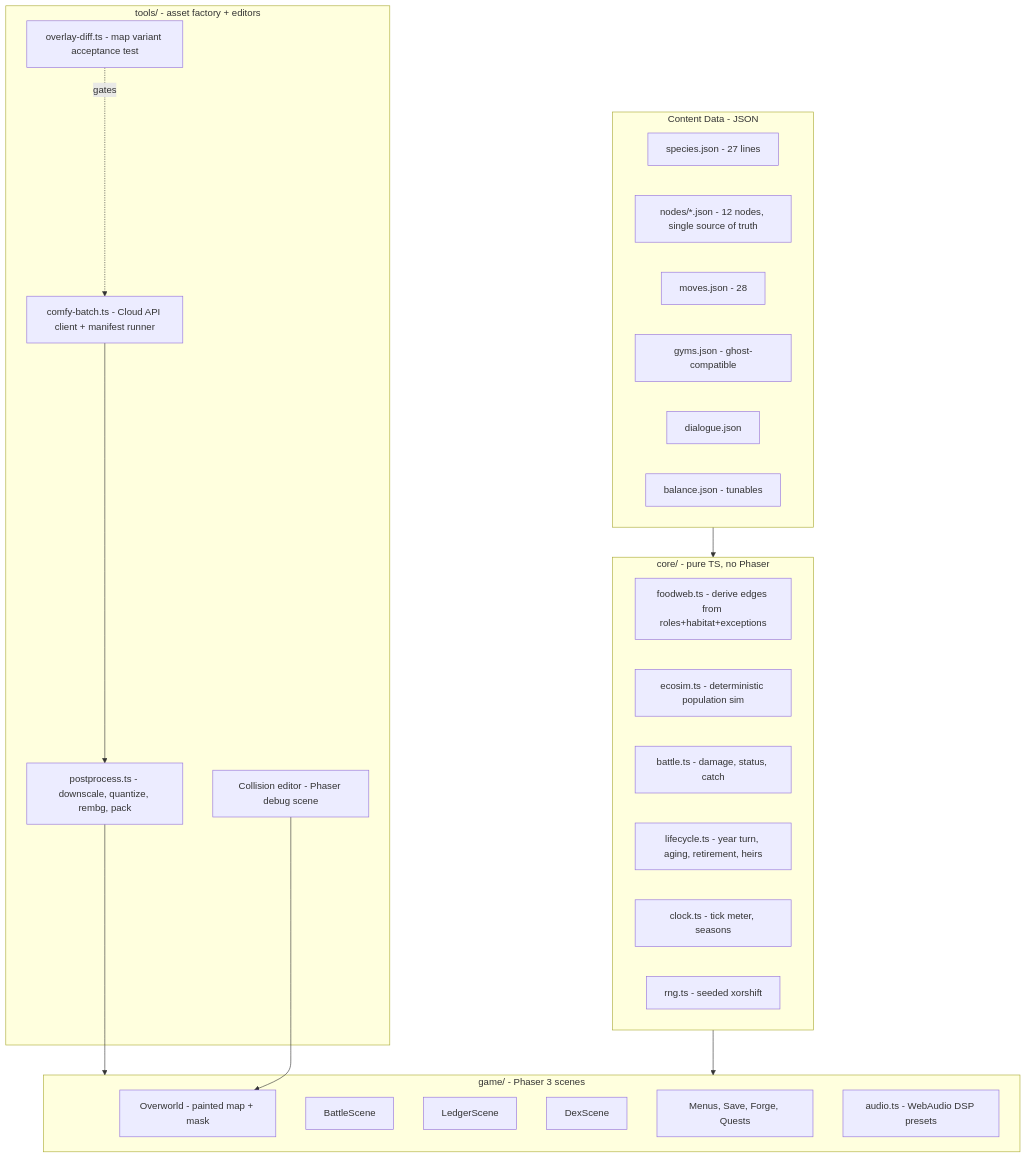
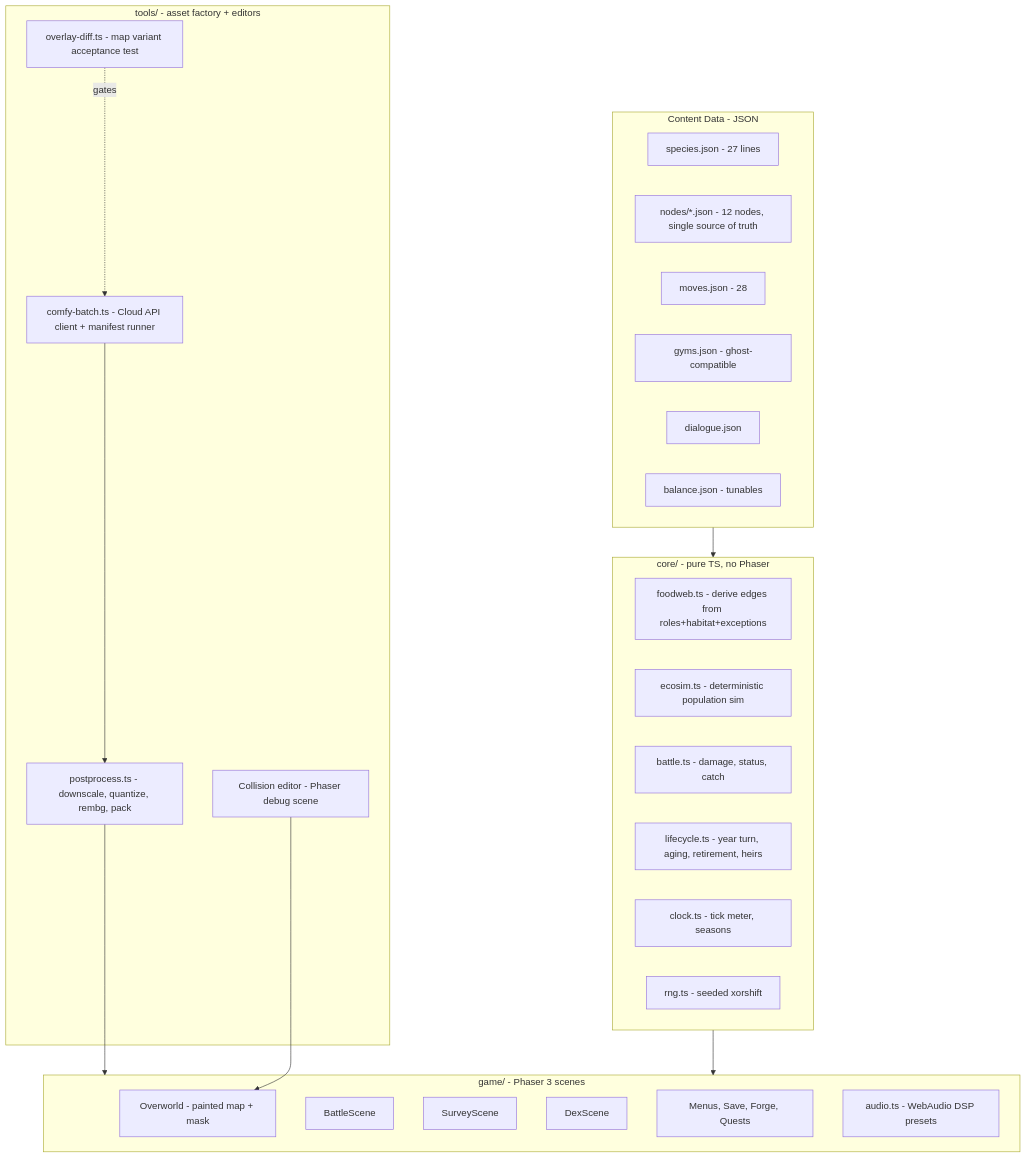
Before and after one commit to HankH18/trophic: the diagram in docs/build-doc.md, drawn with Mermaid. The commit also changed other lines of this file and 106 other files, not shown here.

````diff
--- a/docs/build-doc.md
+++ b/docs/build-doc.md
@@ -56,37 +56,37 @@
 ```mermaid
 graph TD
   subgraph data [Content Data - JSON]
     SP[species.json - 27 lines]
     ND[nodes/*.json - 12 nodes, single source of truth]
     MV[moves.json - 28]
     GY[gyms.json - ghost-compatible]
     DLG[dialogue.json]
     CFG[balance.json - tunables]
   end
   subgraph core [core/ - pure TS, no Phaser]
     WEB[foodweb.ts - derive edges from roles+habitat+exceptions]
     SIM[ecosim.ts - deterministic population sim]
     BAT[battle.ts - damage, status, catch]
     AGE[lifecycle.ts - year turn, aging, retirement, heirs]
     CLK[clock.ts - tick meter, seasons]
     RNG[rng.ts - seeded xorshift]
   end
   subgraph game [game/ - Phaser 3 scenes]
     OW[Overworld - painted map + mask]
     BT[BattleScene]
-    LG[LedgerScene]
+    LG[SurveyScene]
     DX[DexScene]
     UI[Menus, Save, Forge, Quests]
     AUD[audio.ts - WebAudio DSP presets]
   end
   subgraph factory [tools/ - asset factory + editors]
     AF[comfy-batch.ts - Cloud API client + manifest runner]
     PP[postprocess.ts - downscale, quantize, rembg, pack]
     CE[Collision editor - Phaser debug scene]
     OD[overlay-diff.ts - map variant acceptance test]
   end
   data --> core --> game
   AF --> PP --> game
   CE --> OW
   OD -.gates.-> AF
 ```
````
